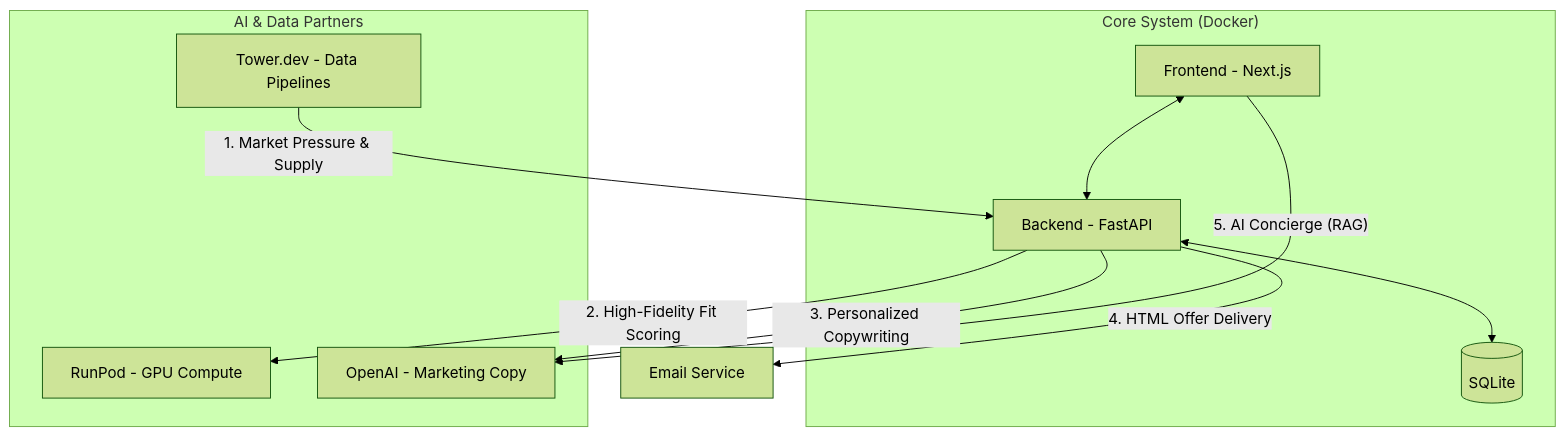
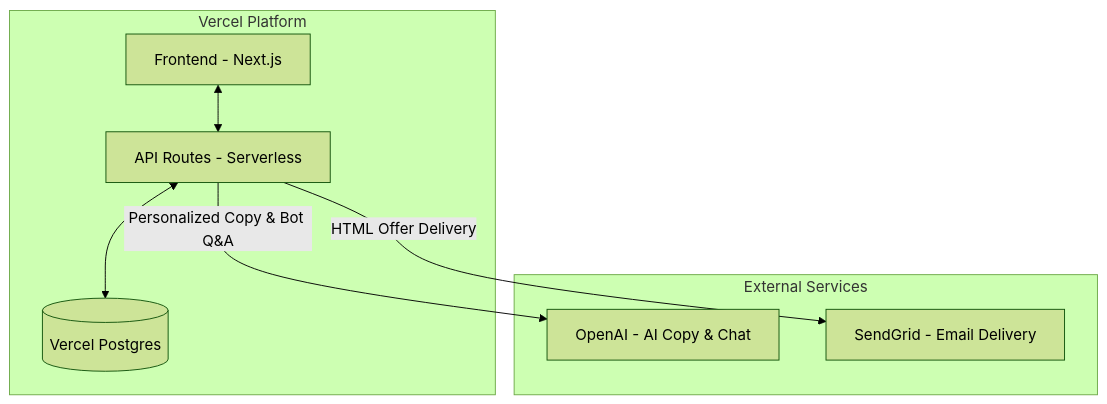
Before and after one commit to dpitcock/up-rez: the diagram in README.md, drawn with Mermaid (forest theme). The commit also changed other lines of this file and 95 other files, not shown here.

Commit message:
chore: updating to use ts backend, vecel only with postgres as packground

````diff
--- a/README.md
+++ b/README.md
@@ -30,27 +27,21 @@
 ```mermaid
 graph TD
-    subgraph "Core System (Docker)"
-        BE[Backend - FastAPI]
+    subgraph "Vercel Platform"
         FE[Frontend - Next.js]
-        DB[(SQLite)]
+        API[API Routes - Serverless]
+        DB[(Vercel Postgres)]
     end
 
-    subgraph "AI & Data Partners"
-        TW[Tower.dev - Data Pipelines]
-        RP[RunPod - GPU Compute]
-        OI[OpenAI - Marketing Copy]
+    subgraph "External Services"
+        OI[OpenAI - AI Copy & Chat]
+        SG[SendGrid - Email Delivery]
     end
 
     %% Data Flow
-    BE <--> DB
-    FE <--> BE
+    FE <--> API
+    API <--> DB
     
-    %% AI Integration
-    TW -- "1. Market Pressure & Supply" --> BE
-    BE -- "2. High-Fidelity Fit Scoring" --> RP
-    BE -- "3. Personalized Copywriting" --> OI
-    
-    %% Communication
-    BE -- "4. HTML Offer Delivery" --> EM[Email Service]
-    FE -- "5. AI Concierge (RAG)" --> OI
+    %% Service Integration
+    API -- "Personalized Copy & Bot Q&A" --> OI
+    API -- "HTML Offer Delivery" --> SG
 ```
````
